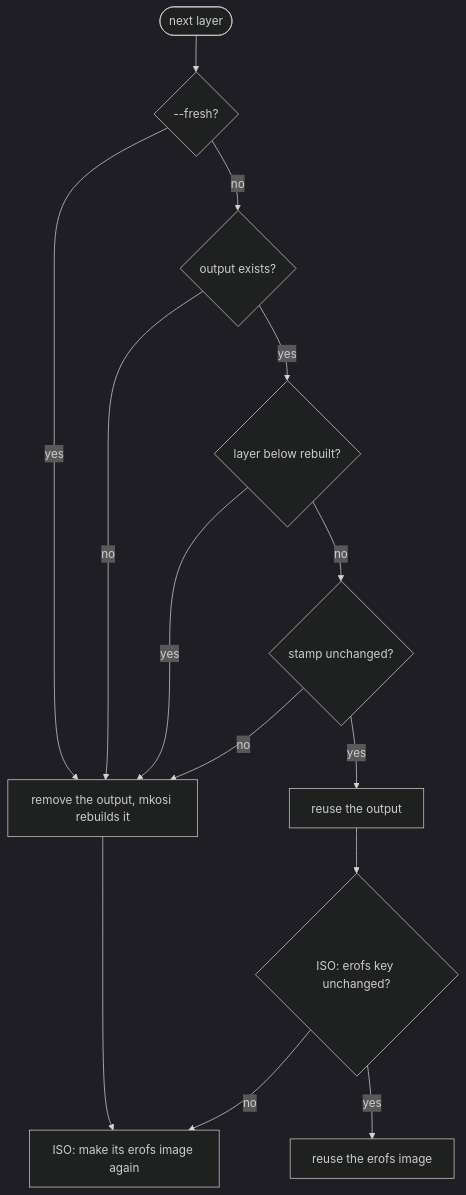
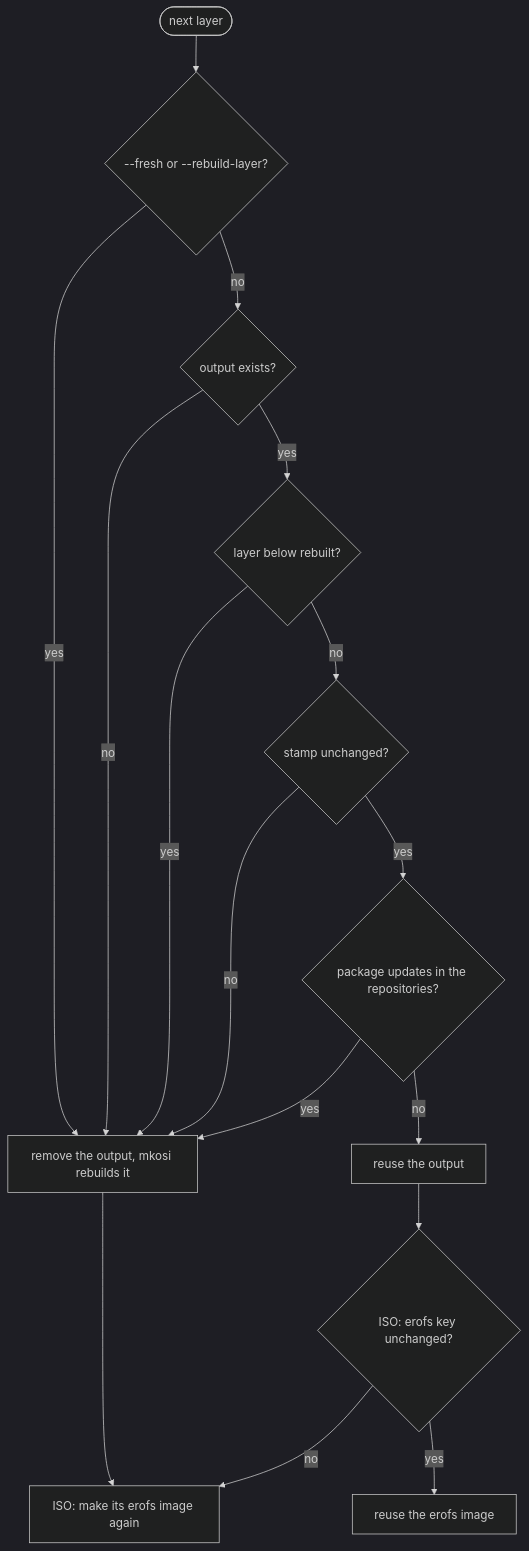
The first of 2 diagrams in docs/building.md (garuda-linux/image-builder), drawn with Mermaid (dark theme) before and after one commit. The commit also changed other lines of this file and 4 other files, not shown here.

Commit message:
feat(layers): rebuild layers with package updates, add --rebuild-layer

````diff
--- a/docs/building.md
+++ b/docs/building.md
@@ -112,16 +115,18 @@
 ```mermaid
 flowchart TD
-  start([next layer]) --> fresh{--fresh?}
+  start([next layer]) --> fresh{--fresh or --rebuild-layer?}
   fresh -- yes --> rebuild[remove the output, mkosi rebuilds it]
   fresh -- no --> exists{output exists?}
   exists -- no --> rebuild
   exists -- yes --> below{layer below rebuilt?}
   below -- yes --> rebuild
   below -- no --> stamp{stamp unchanged?}
   stamp -- no --> rebuild
-  stamp -- yes --> reuse[reuse the output]
+  stamp -- yes --> updates{package updates in the repositories?}
+  updates -- yes --> rebuild
+  updates -- no --> reuse[reuse the output]
   rebuild --> erofs_new[ISO: make its erofs image again]
   reuse --> key{ISO: erofs key unchanged?}
   key -- yes --> erofs_reuse[reuse the erofs image]
   key -- no --> erofs_new
 ```
````
